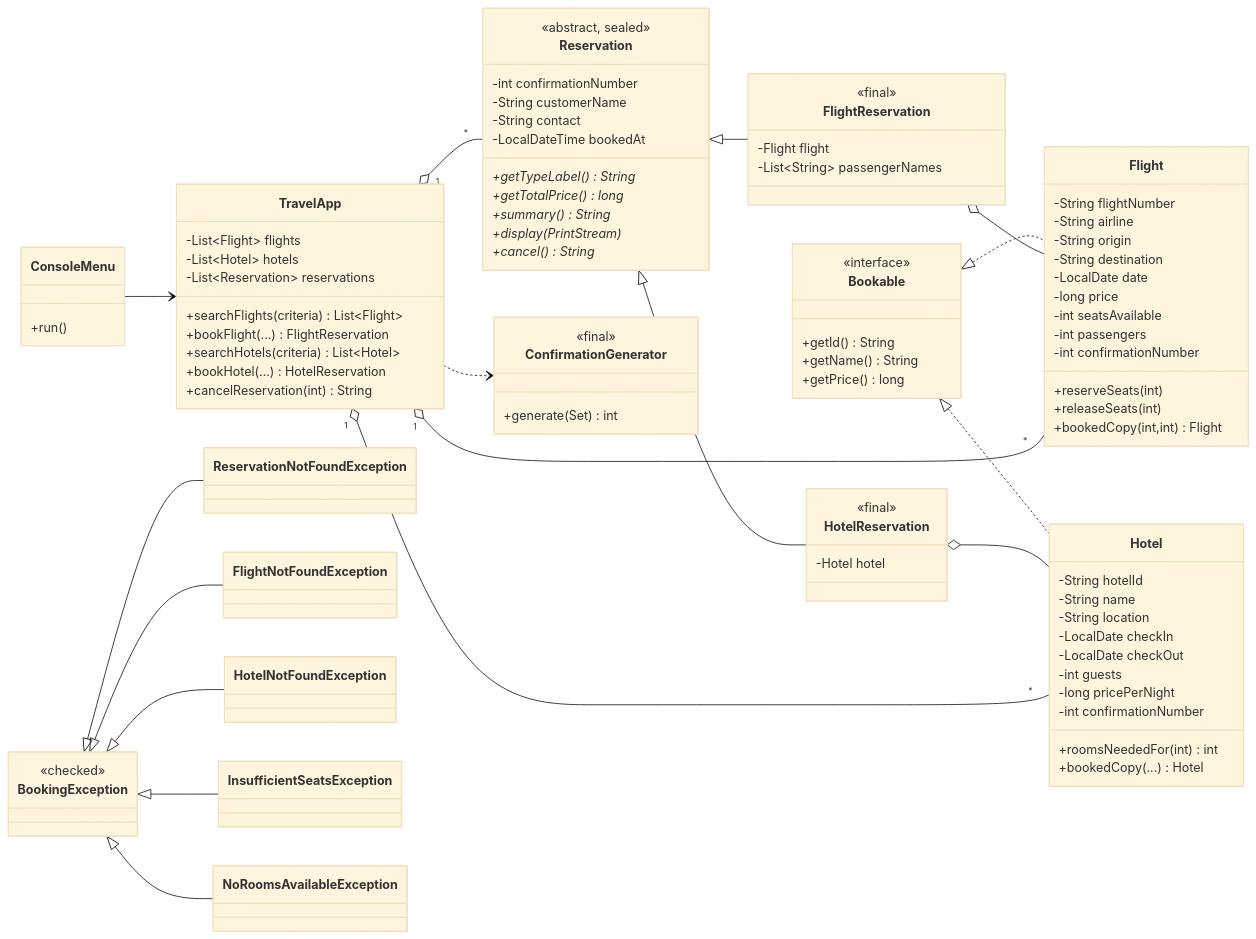
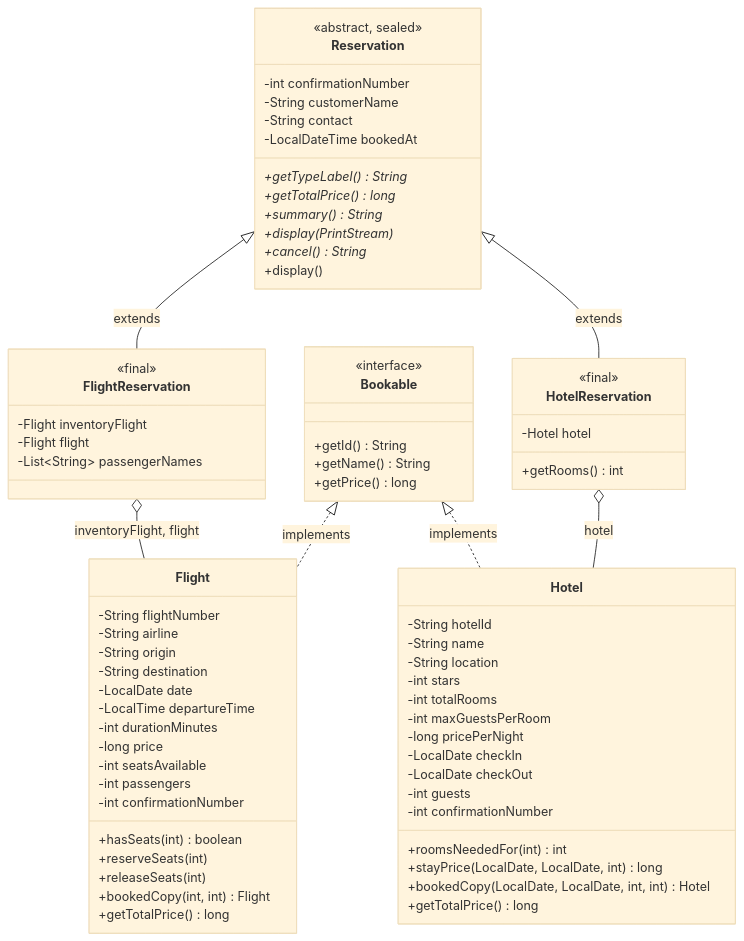
One commit to radhitiyasaputra99-coder/gaskeun changed the first of 3 diagrams in README.md. Above: the diagram before and after it, drawn with Mermaid (base theme). The commit also changed other lines of this file and 6 other files, not shown here.

Commit message:
update diagram UML

````diff
--- a/README.md
+++ b/README.md
@@ -84,38 +90,7 @@
 ```mermaid
 classDiagram
-    direction LR
-    class Bookable {
-        <<interface>>
-        +getId() String
-        +getName() String
-        +getPrice() long
-    }
-    class Flight {
-        -String flightNumber
-        -String airline
-        -String origin
-        -String destination
-        -LocalDate date
-        -long price
-        -int seatsAvailable
-        -int passengers
-        -int confirmationNumber
-        +reserveSeats(int)
-        +releaseSeats(int)
-        +bookedCopy(int,int) Flight
-    }
-    class Hotel {
-        -String hotelId
-        -String name
-        -String location
-        -LocalDate checkIn
-        -LocalDate checkOut
-        -int guests
-        -long pricePerNight
-        -int confirmationNumber
-        +roomsNeededFor(int) int
-        +bookedCopy(...) Hotel
-    }
+    direction TB
+
     class Reservation {
         <<abstract, sealed>>
         -int confirmationNumber
@@ -127,51 +102,70 @@
         +summary()* String
         +display(PrintStream)*
         +cancel()* String
+        +display()
     }
+
     class FlightReservation {
         <<final>>
+        -Flight inventoryFlight
         -Flight flight
         -List~String~ passengerNames
     }
+
+    class Bookable {
+        <<interface>>
+        +getId() String
+        +getName() String
+        +getPrice() long
+    }
+
     class HotelReservation {
         <<final>>
         -Hotel hotel
-    }
-    class TravelApp {
-        -List~Flight~ flights
-        -List~Hotel~ hotels
-        -List~Reservation~ reservations
-        +searchFlights(criteria) List~Flight~
-        +bookFlight(...) FlightReservation
-        +searchHotels(criteria) List~Hotel~
-        +bookHotel(...) HotelReservation
-        +cancelReservation(int) String
-    }
-    class ConfirmationGenerator {
-        <<final>>
-        +generate(Set) int
-    }
-    class ConsoleMenu {
-        +run()
-    }
-    class BookingException {
-        <<checked>>
+        +getRooms() int
     }
 
-    Bookable <|.. Flight
-    Bookable <|.. Hotel
-    Reservation <|-- FlightReservation
-    Reservation <|-- HotelReservation
-    FlightReservation o-- Flight
-    HotelReservation o-- Hotel
-    TravelApp "1" o-- "*" Flight
-    TravelApp "1" o-- "*" Hotel
-    TravelApp "1" o-- "*" Reservation
-    TravelApp ..> ConfirmationGenerator
-    ConsoleMenu --> TravelApp
-    BookingException <|-- ReservationNotFoundException
-    BookingException <|-- FlightNotFoundException
-    BookingException <|-- HotelNotFoundException
-    BookingException <|-- InsufficientSeatsException
-    BookingException <|-- NoRoomsAvailableException
+    class Flight {
+        -String flightNumber
+        -String airline
+        -String origin
+        -String destination
+        -LocalDate date
+        -LocalTime departureTime
+        -int durationMinutes
+        -long price
+        -int seatsAvailable
+        -int passengers
+        -int confirmationNumber
+        +hasSeats(int) boolean
+        +reserveSeats(int)
+        +releaseSeats(int)
+        +bookedCopy(int, int) Flight
+        +getTotalPrice() long
+    }
+
+    class Hotel {
+        -String hotelId
+        -String name
+        -String location
+        -int stars
+        -int totalRooms
+        -int maxGuestsPerRoom
+        -long pricePerNight
+        -LocalDate checkIn
+        -LocalDate checkOut
+        -int guests
+        -int confirmationNumber
+        +roomsNeededFor(int) int
+        +stayPrice(LocalDate, LocalDate, int) long
+        +bookedCopy(LocalDate, LocalDate, int, int) Hotel
+        +getTotalPrice() long
+    }
+
+    Reservation <|-- FlightReservation : extends
+    Reservation <|-- HotelReservation : extends
+    FlightReservation o-- Flight : inventoryFlight, flight
+    Bookable <|.. Flight : implements
+    Bookable <|.. Hotel : implements
+    HotelReservation o-- Hotel : hotel
 ```
````
